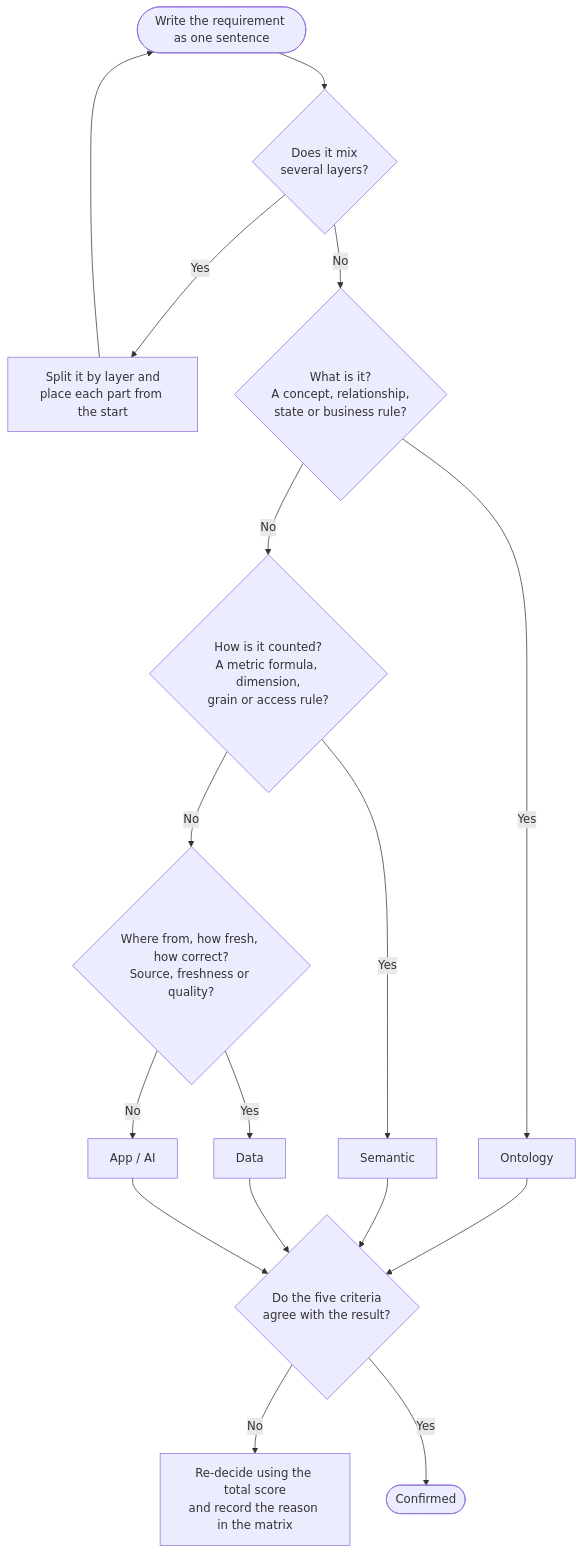
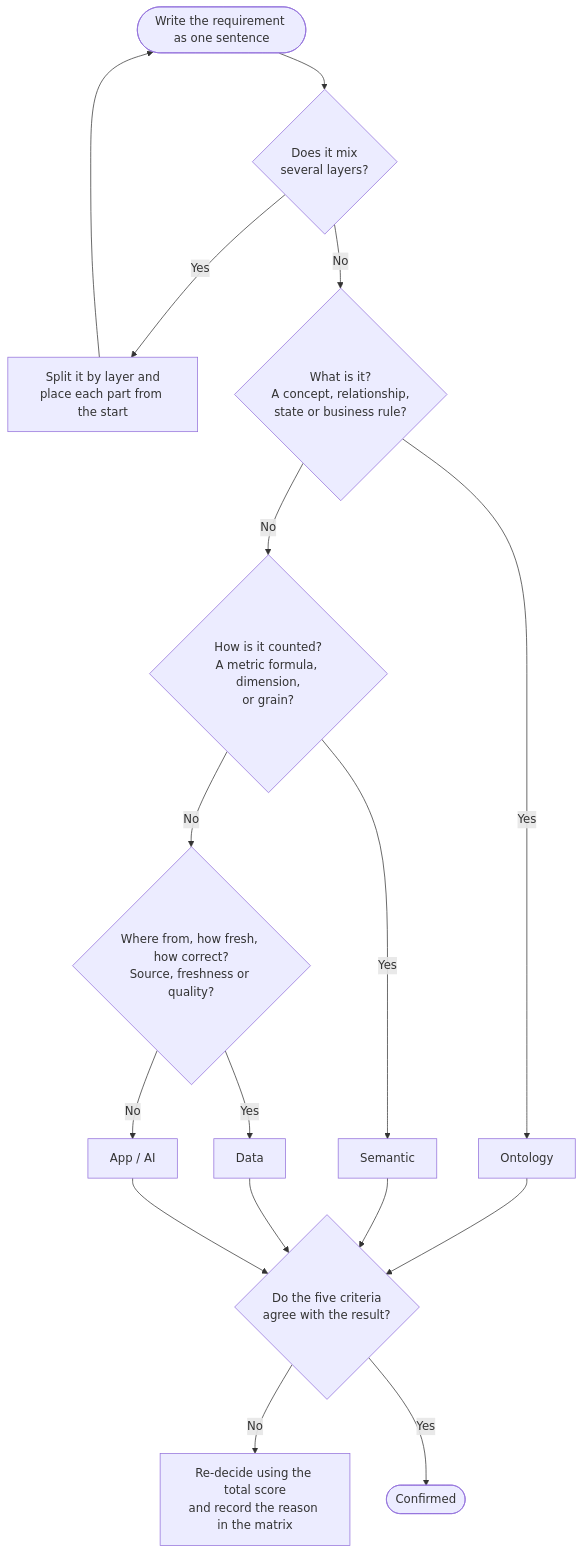
One commit to keito118/ai-ready-requirements changed the diagram in framework/en/02_decision-criteria.md. Above: the diagram before and after it, drawn with Mermaid. The commit also changed other lines of this file and 16 other files, not shown here.

Commit message:
Add AI processing flow and make access a cross-cutting policy (en/ja)

````diff
--- a/framework/en/02_decision-criteria.md
+++ b/framework/en/02_decision-criteria.md
@@ -14,15 +14,15 @@
 ```mermaid
 flowchart TD
   S([Write the requirement as one sentence]) --> SPLIT{Does it mix<br/>several layers?}
   SPLIT -- Yes --> DIV[Split it by layer and<br/>place each part from the start] --> S
   SPLIT -- No --> Q1{"What is it?<br/>A concept, relationship,<br/>state or business rule?"}
   Q1 -- Yes --> ONT[Ontology]
-  Q1 -- No --> Q2{"How is it counted?<br/>A metric formula, dimension,<br/>grain or access rule?"}
+  Q1 -- No --> Q2{"How is it counted?<br/>A metric formula, dimension,<br/>or grain?"}
   Q2 -- Yes --> SEM[Semantic]
   Q2 -- No --> Q3{"Where from, how fresh, how correct?<br/>Source, freshness or quality?"}
   Q3 -- Yes --> DAT[Data]
   Q3 -- No --> APP[App / AI]
   ONT & SEM & DAT & APP --> CHK{Do the five criteria<br/>agree with the result?}
   CHK -- No --> REV[Re-decide using the total score<br/>and record the reason in the matrix]
   CHK -- Yes --> OK([Confirmed])
 ```
````
